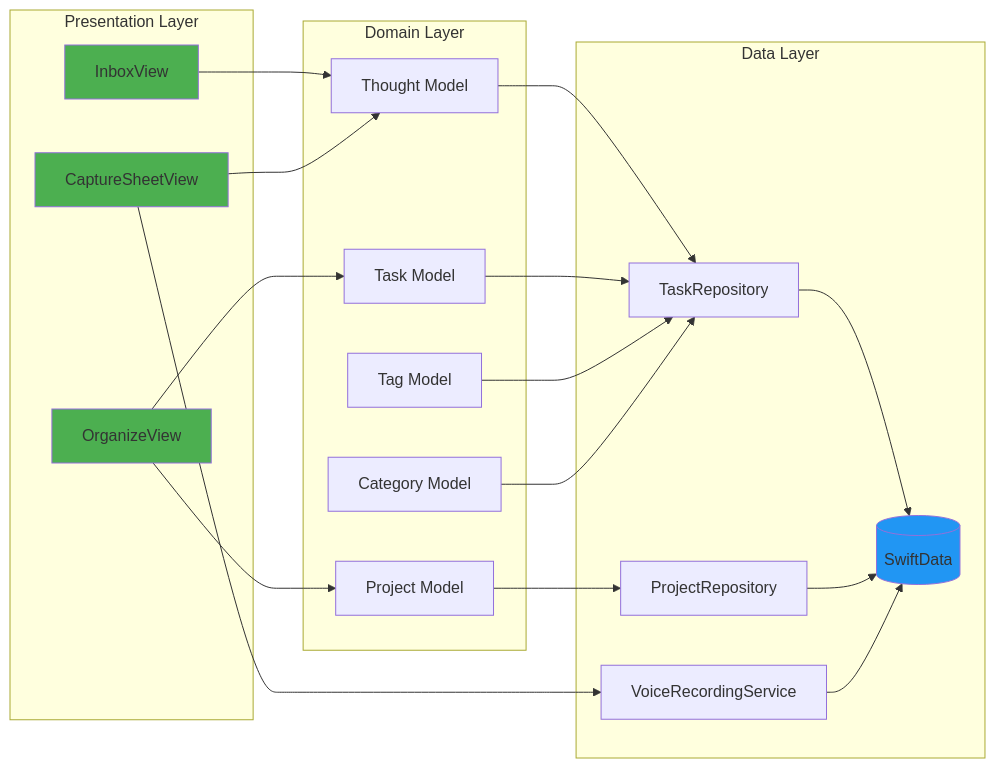
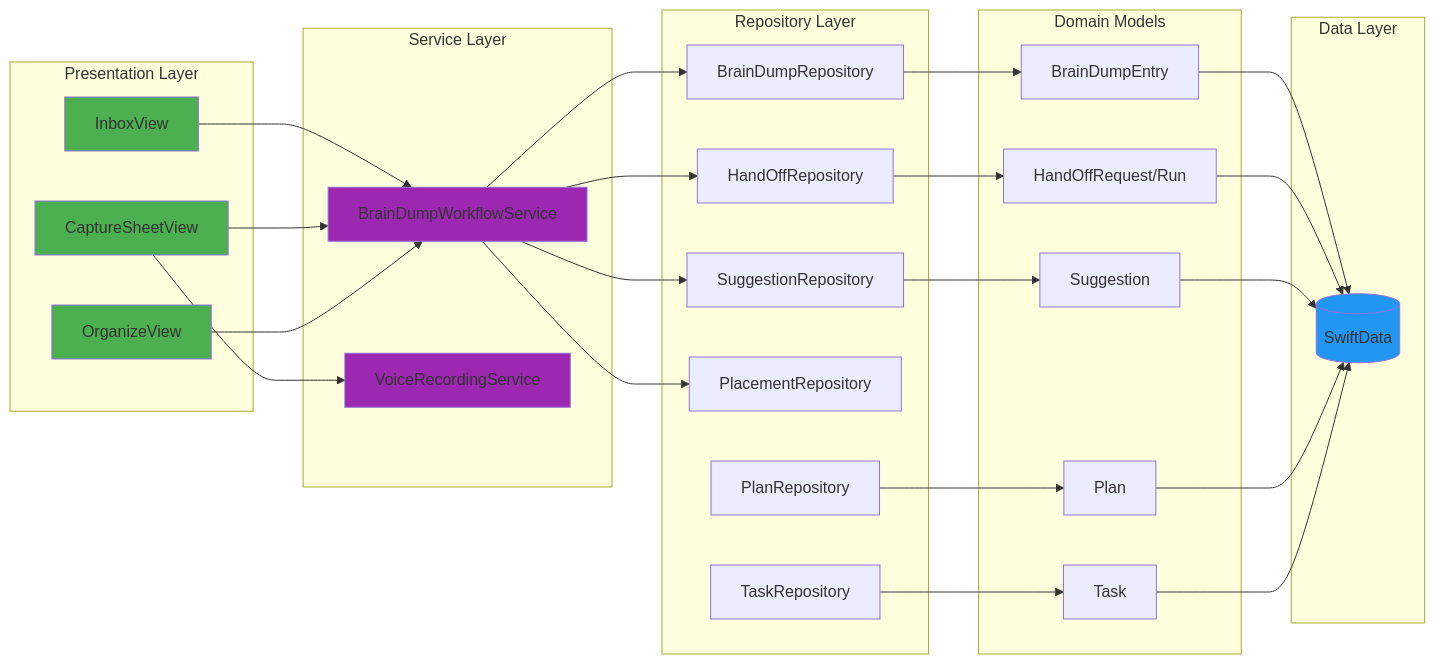
The second of 4 diagrams in README.md (Will-Conklin/offload), drawn with Mermaid before and after one commit. The commit also changed other lines of this file and 4 other files, not shown here.

First line of the commit message:
feat(services): implement BrainDumpWorkflowService with comprehensive tests (#11)

````diff
--- a/README.md
+++ b/README.md
@@ -104,44 +106,63 @@
 ```mermaid
 graph LR
     subgraph "Presentation Layer"
         INBOX[InboxView]
         CAPTURE[CaptureSheetView]
         ORGANIZE[OrganizeView]
     end
 
-    subgraph "Domain Layer"
-        THOUGHT[Thought Model]
-        TASK[Task Model]
-        PROJECT[Project Model]
-        TAG[Tag Model]
-        CATEGORY[Category Model]
+    subgraph "Service Layer"
+        WORKFLOW[BrainDumpWorkflowService]
+        VOICE[VoiceRecordingService]
+    end
+
+    subgraph "Repository Layer"
+        BDREPO[BrainDumpRepository]
+        HOREPO[HandOffRepository]
+        SUGREPO[SuggestionRepository]
+        PREPO[PlacementRepository]
+        PLANREPO[PlanRepository]
+        TREPO[TaskRepository]
+    end
+
+    subgraph "Domain Models"
+        BD[BrainDumpEntry]
+        HO[HandOffRequest/Run]
+        SUG[Suggestion]
+        PLAN[Plan]
+        TASK[Task]
     end
 
     subgraph "Data Layer"
-        TREPO[TaskRepository]
-        PREPO[ProjectRepository]
-        VOICE[VoiceRecordingService]
         SWIFTDATA[(SwiftData)]
     end
 
-    INBOX --> THOUGHT
-    CAPTURE --> THOUGHT
+    INBOX --> WORKFLOW
+    CAPTURE --> WORKFLOW
     CAPTURE --> VOICE
-    ORGANIZE --> TASK
-    ORGANIZE --> PROJECT
+    ORGANIZE --> WORKFLOW
 
-    THOUGHT --> TREPO
-    TASK --> TREPO
-    PROJECT --> PREPO
-    TAG --> TREPO
-    CATEGORY --> TREPO
+    WORKFLOW --> BDREPO
+    WORKFLOW --> HOREPO
+    WORKFLOW --> SUGREPO
+    WORKFLOW --> PREPO
 
-    TREPO --> SWIFTDATA
-    PREPO --> SWIFTDATA
-    VOICE --> SWIFTDATA
+    BDREPO --> BD
+    HOREPO --> HO
+    SUGREPO --> SUG
+    PLANREPO --> PLAN
+    TREPO --> TASK
+
+    BD --> SWIFTDATA
+    HO --> SWIFTDATA
+    SUG --> SWIFTDATA
+    PLAN --> SWIFTDATA
+    TASK --> SWIFTDATA
 
     style INBOX fill:#4CAF50
     style CAPTURE fill:#4CAF50
     style ORGANIZE fill:#4CAF50
+    style WORKFLOW fill:#9C27B0
+    style VOICE fill:#9C27B0
     style SWIFTDATA fill:#2196F3
 ```
````
